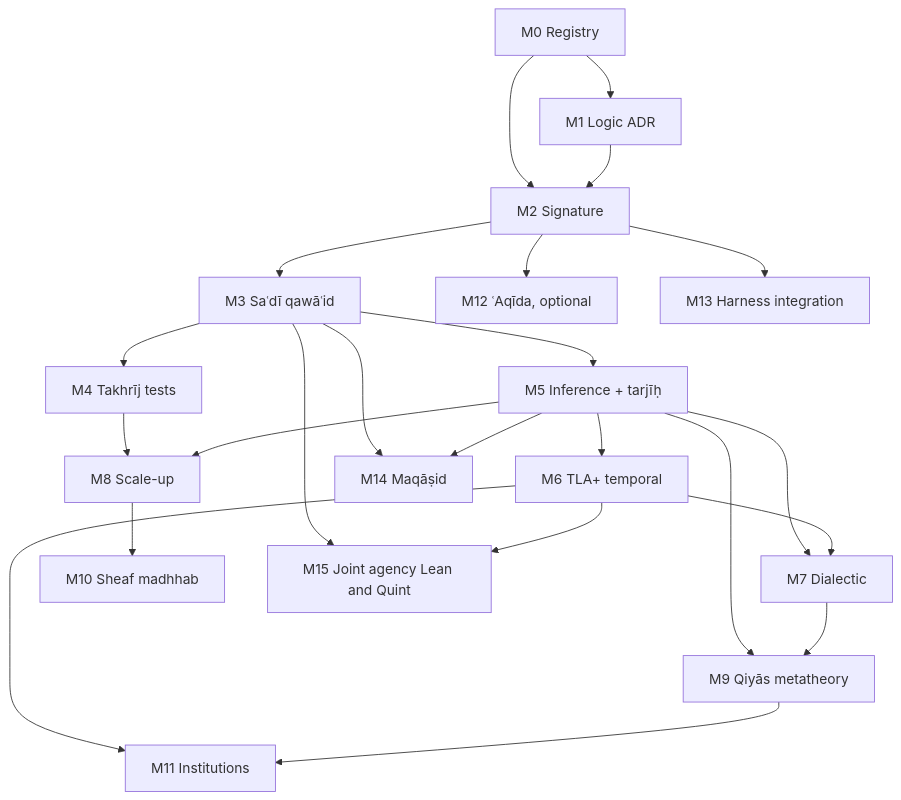
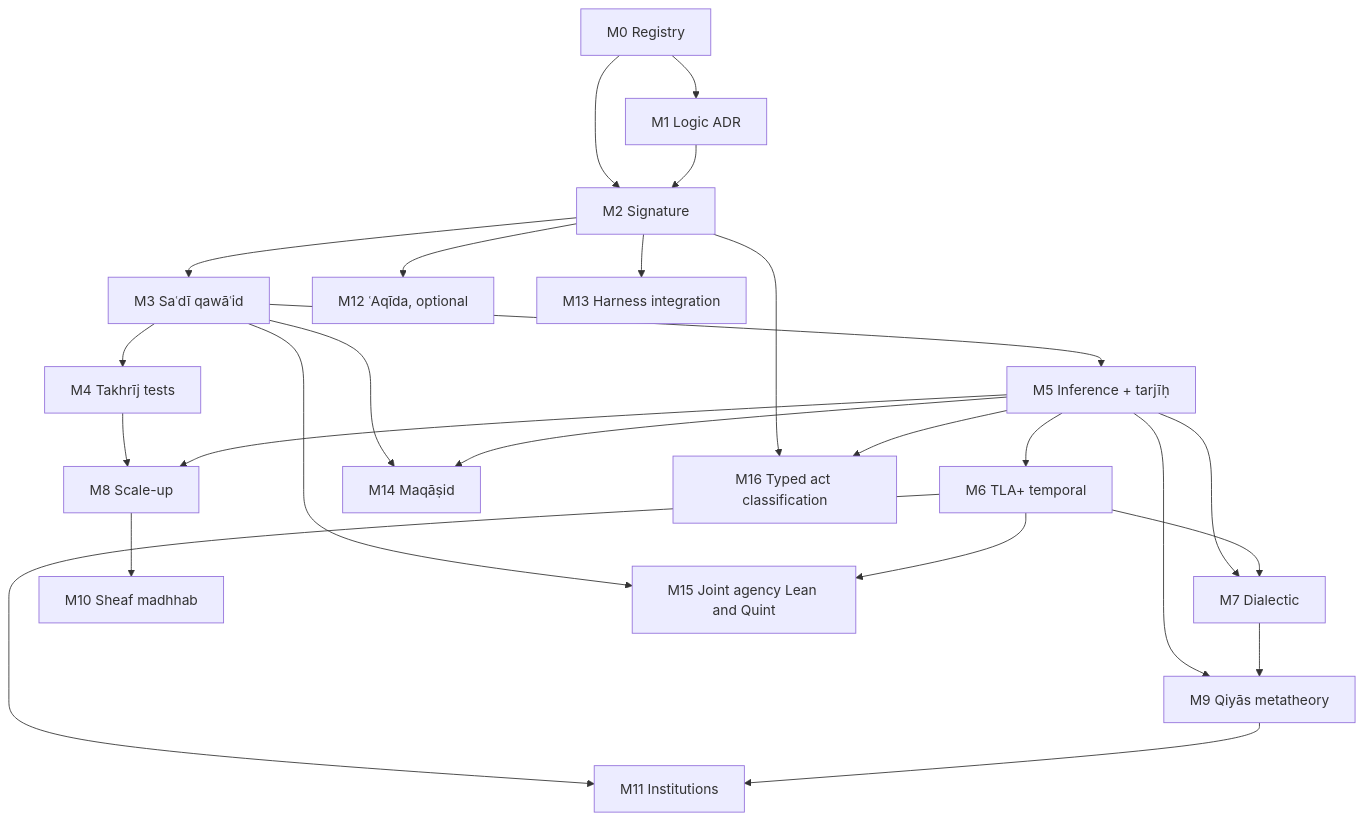
One commit to larsbx/usul-al-fiqh-deontic-circuits changed the diagram in docs/roadmap-hanbali-usul-formalization.md. Above: the diagram before and after it, drawn with Mermaid. The commit also changed other lines of this file and 8 other files, not shown here.

First line of the commit message:
docs: roadmap typed act classification and categorical transformations

````diff
--- a/docs/roadmap-hanbali-usul-formalization.md
+++ b/docs/roadmap-hanbali-usul-formalization.md
@@ -645,25 +700,27 @@
 ```mermaid
 graph TD
   M0[M0 Registry] --> M1[M1 Logic ADR]
   M0 --> M2[M2 Signature]
   M1 --> M2
   M2 --> M3[M3 Saʿdī qawāʿid]
   M3 --> M4[M4 Takhrīj tests]
   M3 --> M5[M5 Inference + tarjīḥ]
   M5 --> M6[M6 TLA+ temporal]
   M5 --> M7[M7 Dialectic]
   M6 --> M7
   M4 --> M8[M8 Scale-up]
   M5 --> M8
   M5 --> M9[M9 Qiyās metatheory]
   M7 --> M9
   M8 --> M10[M10 Sheaf madhhab]
   M6 --> M11[M11 Institutions]
   M9 --> M11
   M2 --> M12[M12 ʿAqīda, optional]
   M2 --> M13[M13 Harness integration]
   M3 --> M14[M14 Maqāṣid]
   M5 --> M14
   M3 --> M15[M15 Joint agency Lean and Quint]
   M6 --> M15
+  M2 --> M16[M16 Typed act classification]
+  M5 --> M16
 ```
````
